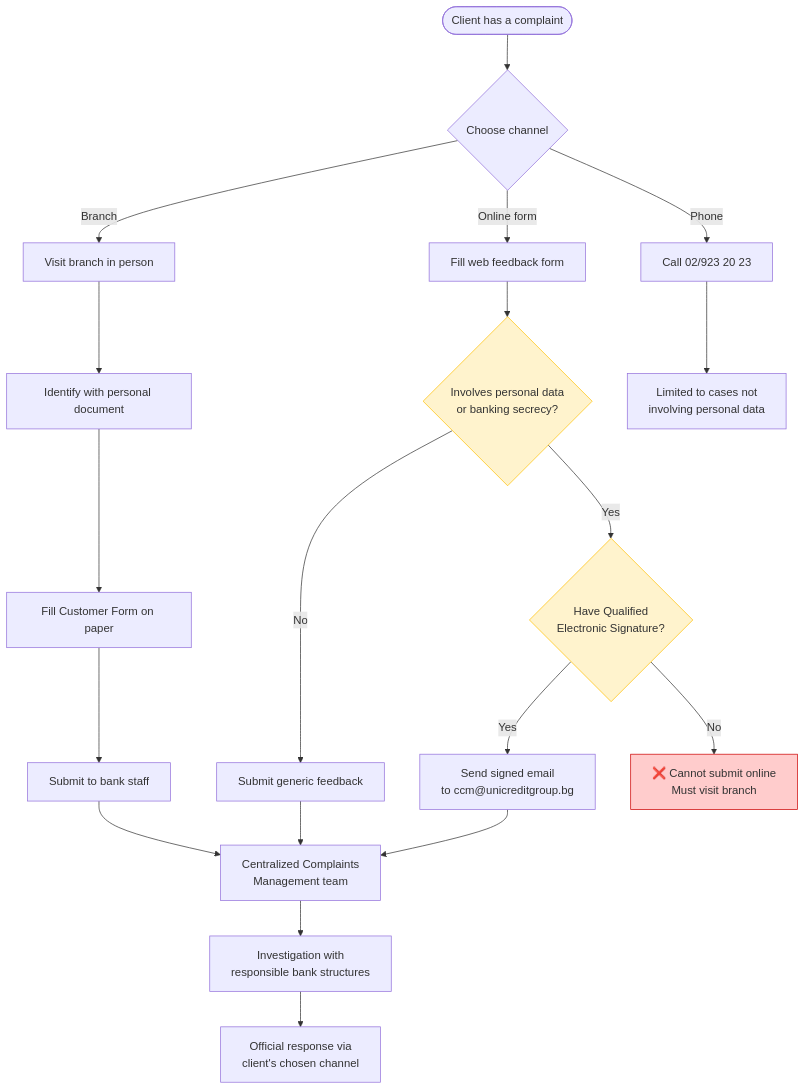
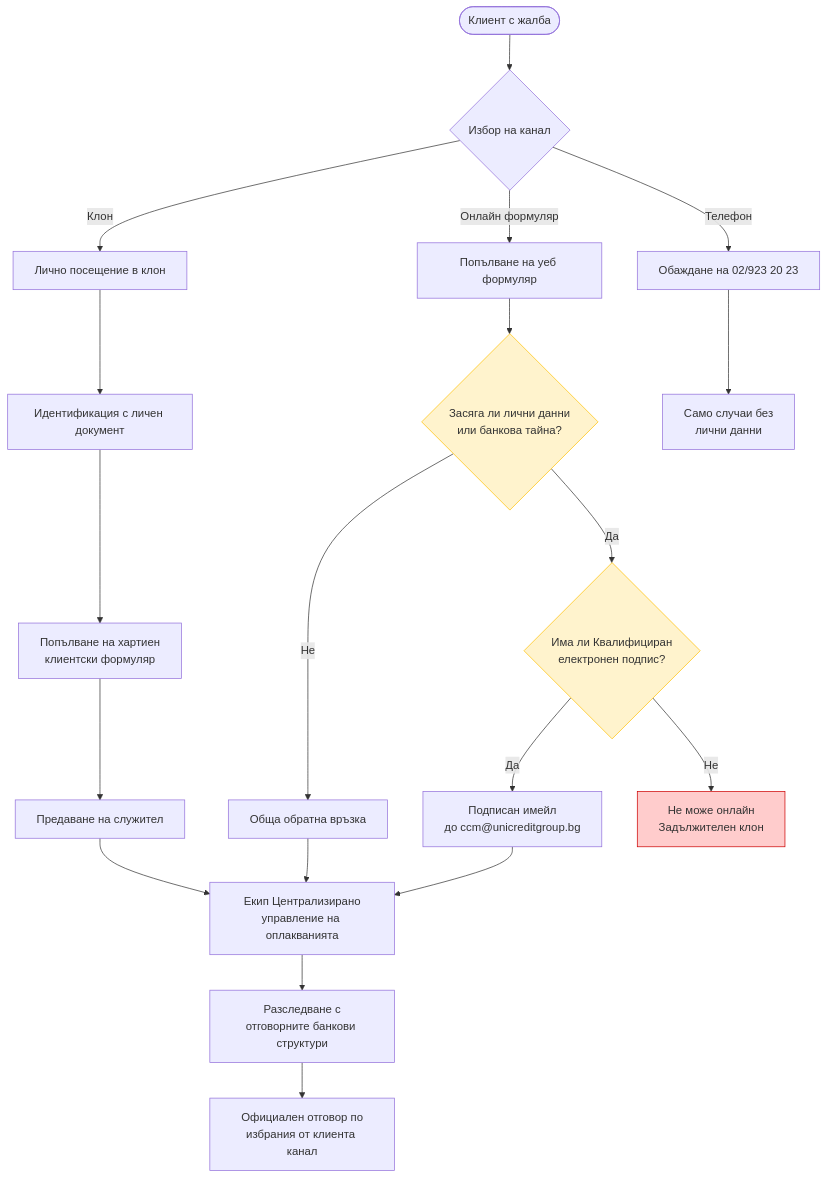
The first of 2 diagrams in deliverables/01_research/research.md (vents04/DB_course_project), drawn with Mermaid before and after one commit. The commit also changed other lines of this file and 4 other files, not shown here.

````diff
--- a/deliverables/01_research/research.md
+++ b/deliverables/01_research/research.md
@@ -62,31 +62,31 @@
 ```mermaid
 flowchart TD
-    Client([Client has a complaint])
-    Client --> Channel{Choose channel}
+    Client([Клиент с жалба])
+    Client --> Channel{Избор на канал}
 
-    Channel -->|Branch| Branch[Visit branch in person]
-    Branch --> ID[Identify with personal document]
-    ID --> Form[Fill Customer Form on paper]
-    Form --> Submit1[Submit to bank staff]
+    Channel -->|Клон| Branch[Лично посещение в клон]
+    Branch --> ID[Идентификация с личен документ]
+    ID --> Form[Попълване на хартиен\nклиентски формуляр]
+    Form --> Submit1[Предаване на служител]
 
-    Channel -->|Online form| WebForm[Fill web feedback form]
-    WebForm --> PersonalData{Involves personal data\nor banking secrecy?}
-    PersonalData -->|No| Submit2[Submit generic feedback]
-    PersonalData -->|Yes| KEP{Have Qualified\nElectronic Signature?}
-    KEP -->|Yes| EmailKEP[Send signed email\nto ccm@unicreditgroup.bg]
-    KEP -->|No| Blocked[❌ Cannot submit online\nMust visit branch]
+    Channel -->|Онлайн формуляр| WebForm[Попълване на уеб формуляр]
+    WebForm --> PersonalData{Засяга ли лични данни\nили банкова тайна?}
+    PersonalData -->|Не| Submit2[Обща обратна връзка]
+    PersonalData -->|Да| KEP{Има ли Квалифициран\nелектронен подпис?}
+    KEP -->|Да| EmailKEP[Подписан имейл\nдо ccm@unicreditgroup.bg]
+    KEP -->|Не| Blocked[Не може онлайн\nЗадължителен клон]
 
-    Channel -->|Phone| Phone[Call 02/923 20 23]
-    Phone --> PhoneNote[Limited to cases not\ninvolving personal data]
+    Channel -->|Телефон| Phone[Обаждане на 02/923 20 23]
+    Phone --> PhoneNote[Само случаи без\nлични данни]
 
-    Submit1 --> Team[Centralized Complaints\nManagement team]
+    Submit1 --> Team[Екип Централизирано\nуправление на оплакванията]
     Submit2 --> Team
     EmailKEP --> Team
 
-    Team --> Investigate[Investigation with\nresponsible bank structures]
-    Investigate --> Response[Official response via\nclient's chosen channel]
+    Team --> Investigate[Разследване с\nотговорните банкови структури]
+    Investigate --> Response[Официален отговор по\nизбрания от клиента канал]
 
     style Blocked fill:#ffcccc,stroke:#cc0000
     style KEP fill:#fff3cd,stroke:#ffc107
     style PersonalData fill:#fff3cd,stroke:#ffc107
 ```
````
